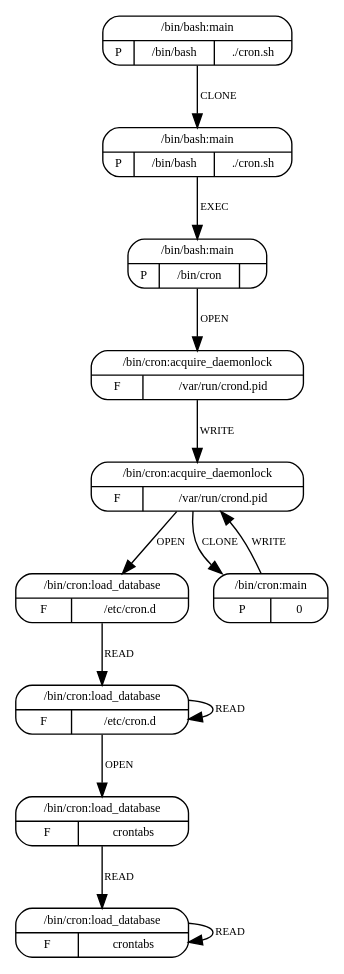
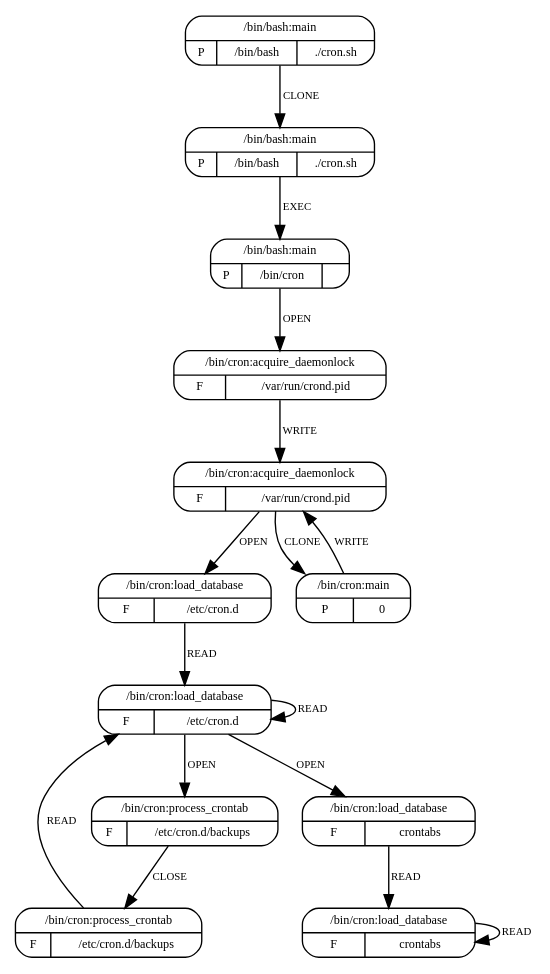
The diagram in plugins/mrm/resources/models/cron.dot (sysflow-telemetry/upolicycraft), drawn with Graphviz before and after one commit. The commit also changed 2 other files, not shown here.

```diff
--- a/plugins/mrm/resources/models/cron.dot
+++ b/plugins/mrm/resources/models/cron.dot
@@ -1,37 +1,46 @@
 digraph G {
   4 [shape=Mrecord,
      label="{{/bin/cron:acquire_daemonlock}|{F|{/var/run/crond.pid}}}",
      fontsize=9, ];
+  10 [shape=Mrecord,
+      label="{{/bin/cron:process_crontab}|{F|{/etc/cron.d/backups}}}",
+      fontsize=9, ];
+  11 [shape=Mrecord,
+      label="{{/bin/cron:process_crontab}|{F|{/etc/cron.d/backups}}}",
+      fontsize=9, ];
   6 [shape=Mrecord, label="{{/bin/cron:load_database}|{F|{/etc/cron.d}}}",
      fontsize=9, ];
   8 [shape=Mrecord, label="{{/bin/cron:load_database}|{F|{crontabs}}}",
      fontsize=9, ];
   9 [shape=Mrecord, label="{{/bin/cron:load_database}|{F|{crontabs}}}",
      fontsize=9, ];
   7 [shape=Mrecord, label="{{/bin/cron:load_database}|{F|{/etc/cron.d}}}",
      fontsize=9, ];
   3 [shape=Mrecord,
      label="{{/bin/cron:acquire_daemonlock}|{F|{/var/run/crond.pid}}}",
      fontsize=9, ];
   5 [shape=Mrecord, label="{{/bin/cron:main}|{P|0}}", fontsize=9, ];
   0 [shape=Mrecord, label="{{/bin/bash:main}|{P|/bin/bash|./cron.sh}}",
      fontsize=9, ];
   1 [shape=Mrecord, label="{{/bin/bash:main}|{P|/bin/bash|./cron.sh}}",
      fontsize=9, ];
   2 [shape=Mrecord, label="{{/bin/bash:main}|{P|/bin/cron|}}", fontsize=9, ];
   
   
   4 -> 6 [label="OPEN", fontsize=8, ];
   4 -> 5 [label="CLONE", fontsize=8, ];
+  10 -> 11 [label="CLOSE", fontsize=8, ];
+  11 -> 7 [label="READ", fontsize=8, ];
   6 -> 7 [label="READ", fontsize=8, ];
   8 -> 9 [label="READ", fontsize=8, ];
   9 -> 9 [label="READ", fontsize=8, ];
+  7 -> 10 [label="OPEN", fontsize=8, ];
   7 -> 8 [label="OPEN", fontsize=8, ];
   7 -> 7 [label="READ", fontsize=8, ];
   3 -> 4 [label="WRITE", fontsize=8, ];
   5 -> 4 [label="WRITE", fontsize=8, ];
   0 -> 1 [label="CLONE", fontsize=8, ];
   1 -> 2 [label="EXEC", fontsize=8, ];
   2 -> 3 [label="OPEN", fontsize=8, ];
   
   }
```
